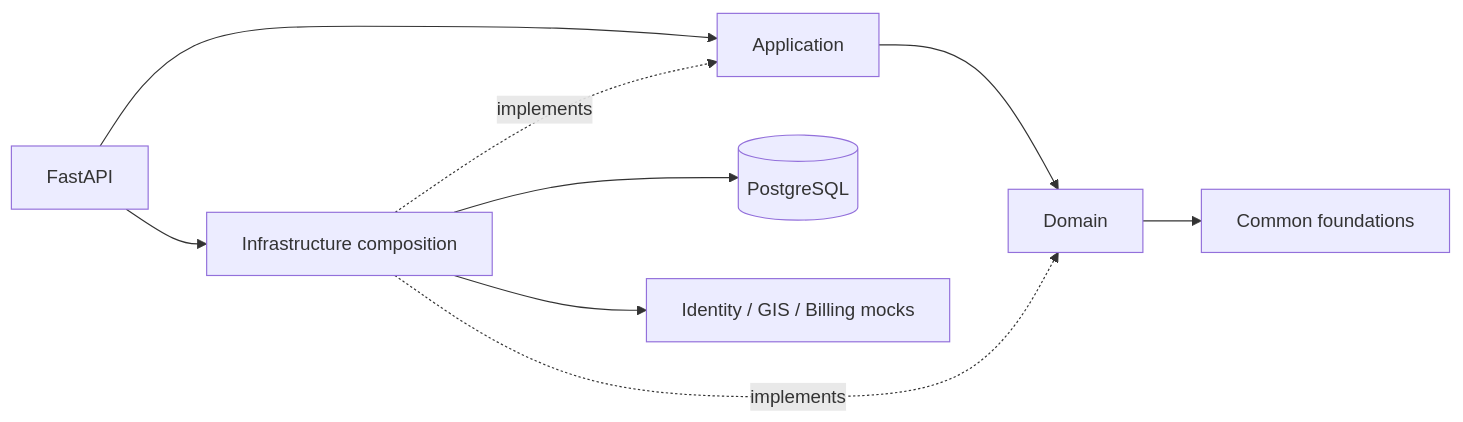
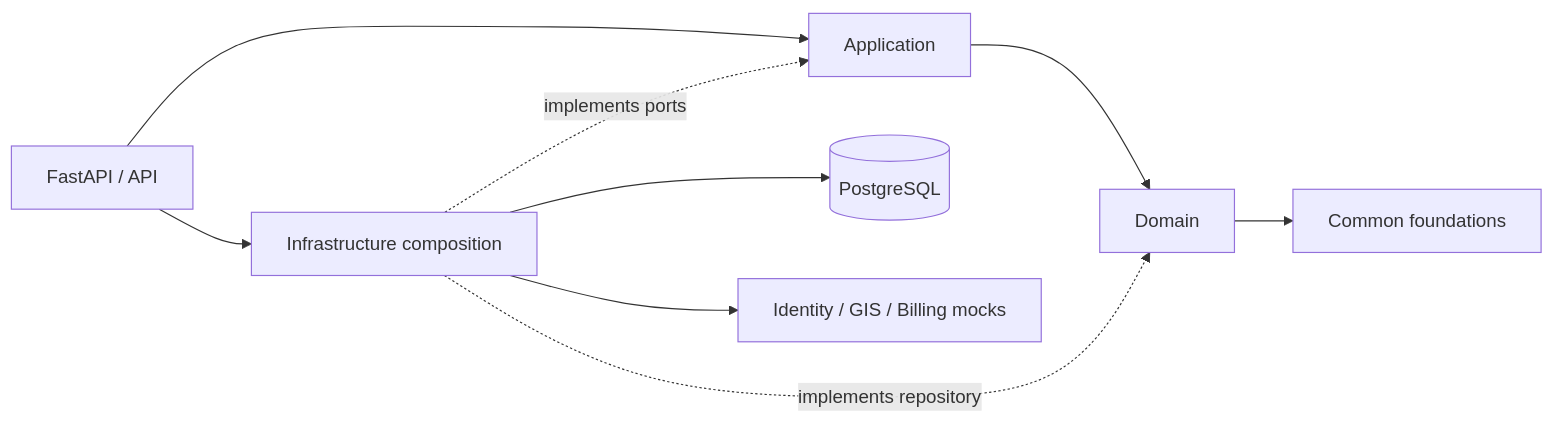
The third of 4 diagrams in README.md (Rashid-97/utility-customer-management), drawn with Mermaid before and after one commit. The commit also changed other lines of this file, not shown here.

````diff
--- a/README.md
+++ b/README.md
@@ -35,11 +114,11 @@
 ```mermaid
 flowchart LR
-    API[FastAPI] --> APP[Application]
+    API[FastAPI / API] --> APP[Application]
     APP --> DOMAIN[Domain]
     DOMAIN --> COMMON[Common foundations]
     API --> INFRA[Infrastructure composition]
-    INFRA -. implements .-> APP
-    INFRA -. implements .-> DOMAIN
+    INFRA -. implements ports .-> APP
+    INFRA -. implements repository .-> DOMAIN
     INFRA --> DB[(PostgreSQL)]
     INFRA --> EXT[Identity / GIS / Billing mocks]
 ```
````
